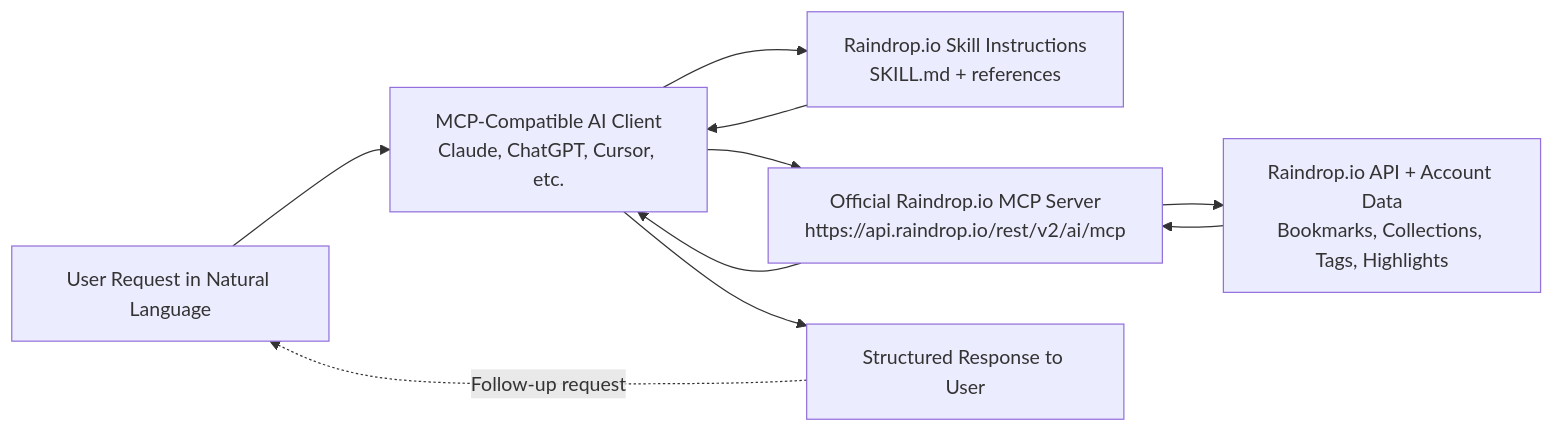
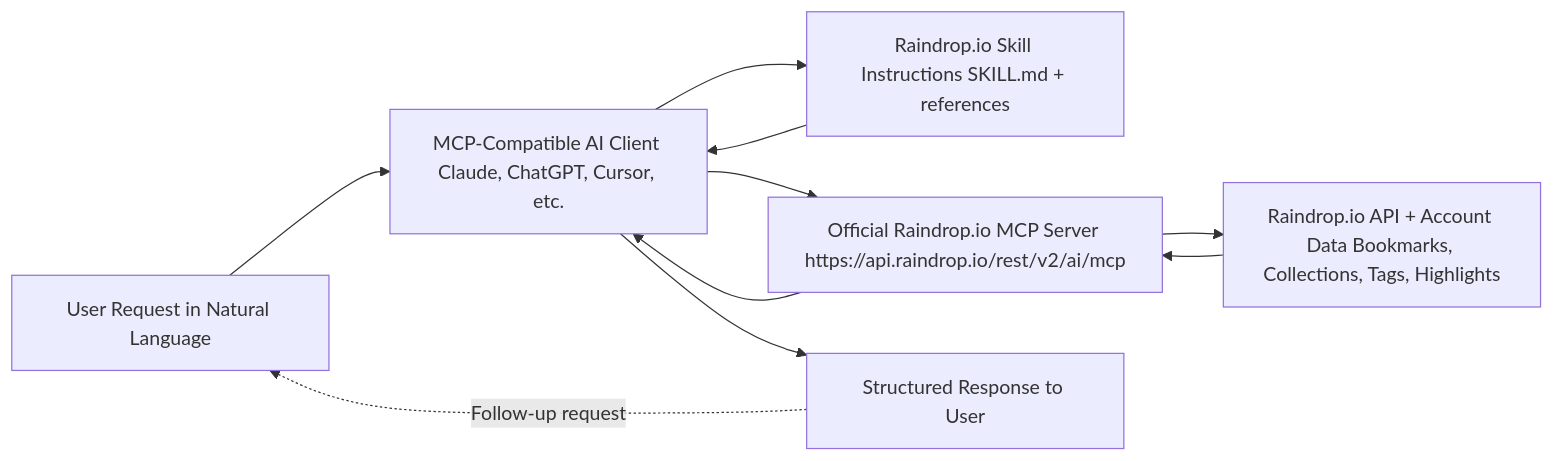
The diagram in README.md (DanSega1/raindrop-io-skill), drawn with Mermaid before and after one commit.

Commit message:
feat(github): ✨ Add GitHub workflows for PR validation and semantic release

````diff
--- a/README.md
+++ b/README.md
@@ -16,20 +16,20 @@
 ```mermaid
 flowchart LR
   U[User Request in Natural Language]
-  C[MCP-Compatible AI Client\nClaude, ChatGPT, Cursor, etc.]
-  S[Raindrop.io Skill Instructions\nSKILL.md + references]
-  M[Official Raindrop.io MCP Server\nhttps://api.raindrop.io/rest/v2/ai/mcp]
-  A[Raindrop.io API + Account Data\nBookmarks, Collections, Tags, Highlights]
+  C[MCP-Compatible AI Client Claude, ChatGPT, Cursor, etc.]
+  S[Raindrop.io Skill Instructions SKILL.md + references]
+  M[Official Raindrop.io MCP Server https://api.raindrop.io/rest/v2/ai/mcp]
+  A[Raindrop.io API + Account Data Bookmarks, Collections, Tags, Highlights]
   R[Structured Response to User]
 
   U --> C
   C --> S
   S --> C
   C --> M
   M --> A
   A --> M
   M --> C
   C --> R
 
   R -. Follow-up request .-> U
 ```
````
